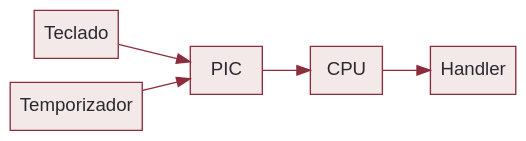
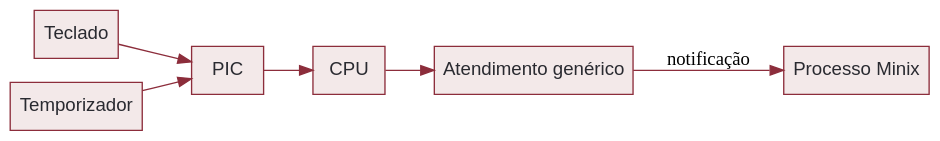
The diagram in src/content/lc/caminho-irq.dot (rodrgds/resumos), drawn with Graphviz before and after one commit. The commit also changed 29 other files, not shown here.

```diff
--- a/src/content/lc/caminho-irq.dot
+++ b/src/content/lc/caminho-irq.dot
@@ -1,9 +1,12 @@
 digraph Interrupcao {
   graph [bgcolor="transparent", rankdir=LR, pad=0.2];
   node [shape=box, style=filled, fillcolor="#f3e9e9", color="#8c2d3b", fontcolor="#292a30", fontname="Arial", fontsize=14];
   edge [color="#8c2d3b"];
   Teclado -> PIC;
   Temporizador -> PIC;
   PIC -> CPU;
-  CPU -> Handler;
+  CPU -> Kernel;
+  Kernel [label="Atendimento genérico"];
+  Processo [label="Processo Minix"];
+  Kernel -> Processo [label="notificação"];
 }
```
